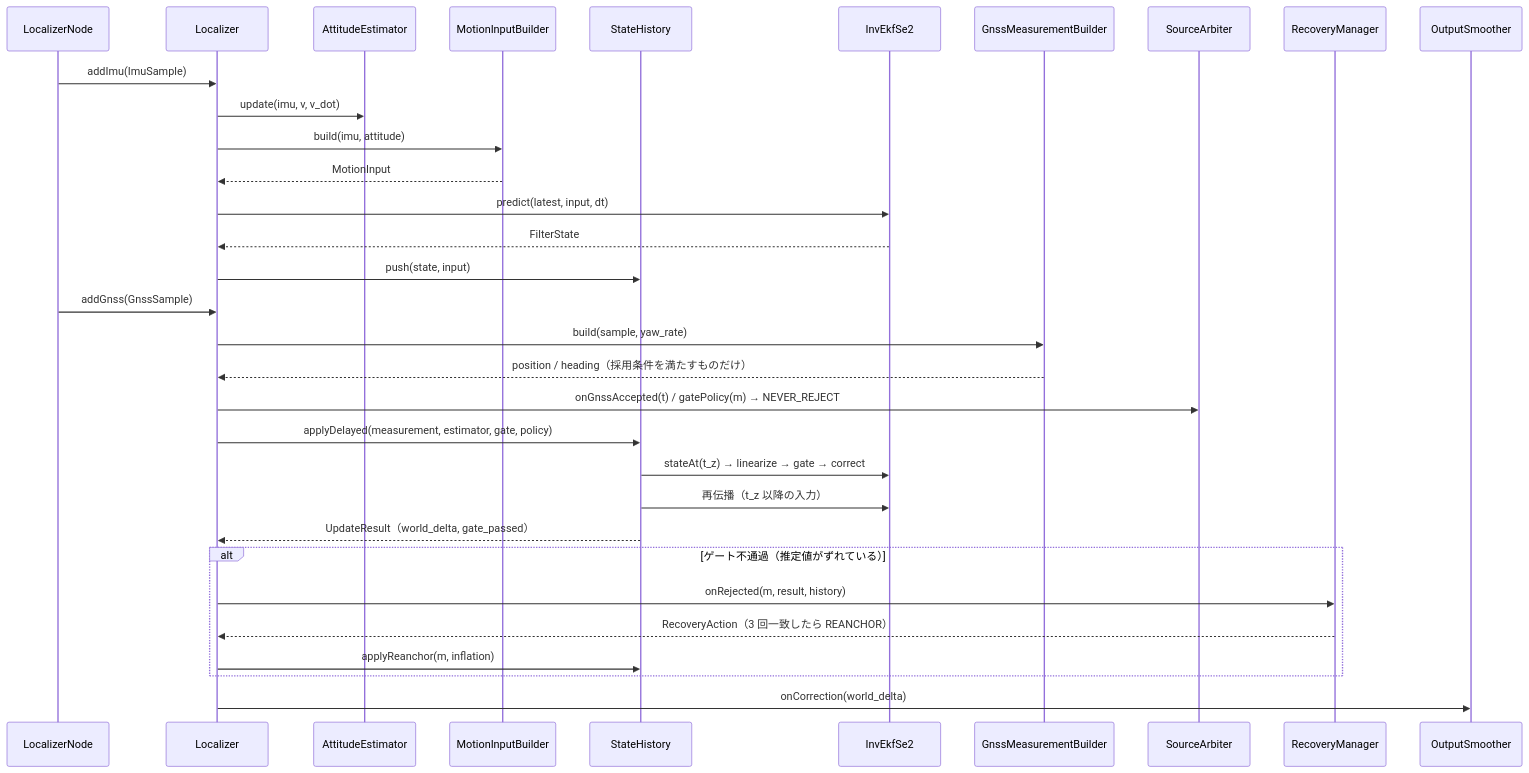
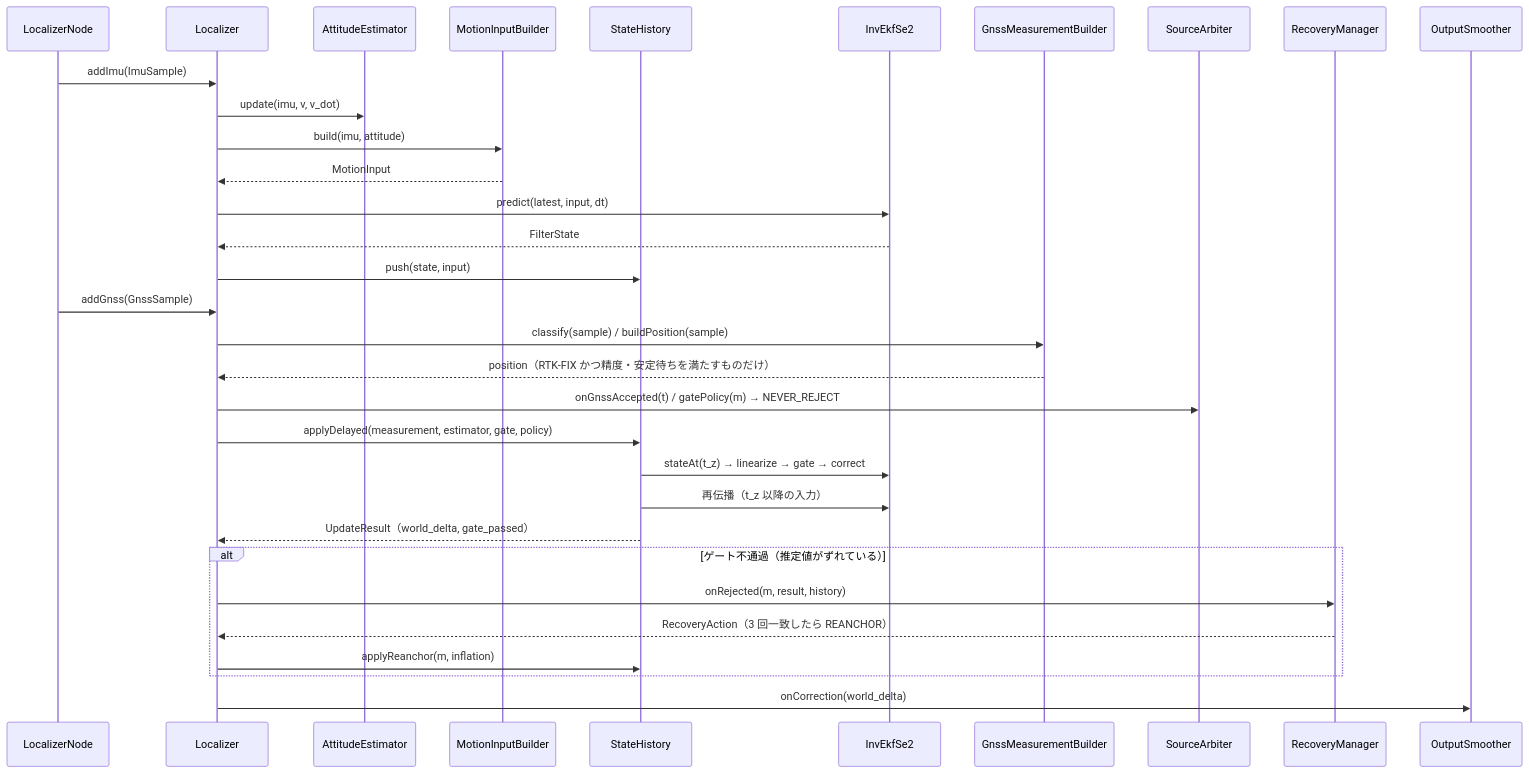
Before and after one commit to mamoru1126/gnss_and_lidar_localization: the tenth of 12 diagrams in docs/architecture.md, drawn with Mermaid. The commit also changed other lines of this file and 1 other file, not shown here.

````diff
--- a/docs/architecture.md
+++ b/docs/architecture.md
@@ -844,36 +851,36 @@
 ```mermaid
 sequenceDiagram
   participant N as LocalizerNode
   participant L as Localizer
   participant A as AttitudeEstimator
   participant M as MotionInputBuilder
   participant H as StateHistory
   participant E as InvEkfSe2
   participant G as GnssMeasurementBuilder
   participant AR as SourceArbiter
   participant RC as RecoveryManager
   participant S as OutputSmoother
 
   N->>L: addImu(ImuSample)
   L->>A: update(imu, v, v_dot)
   L->>M: build(imu, attitude)
   M-->>L: MotionInput
   L->>E: predict(latest, input, dt)
   E-->>L: FilterState
   L->>H: push(state, input)
 
   N->>L: addGnss(GnssSample)
-  L->>G: build(sample, yaw_rate)
-  G-->>L: position / heading（採用条件を満たすものだけ）
+  L->>G: classify(sample) / buildPosition(sample)
+  G-->>L: position（RTK-FIX かつ精度・安定待ちを満たすものだけ）
   L->>AR: onGnssAccepted(t) / gatePolicy(m) → NEVER_REJECT
   L->>H: applyDelayed(measurement, estimator, gate, policy)
   H->>E: stateAt(t_z) → linearize → gate → correct
   H->>E: 再伝播（t_z 以降の入力）
   H-->>L: UpdateResult（world_delta, gate_passed）
   alt ゲート不通過（推定値がずれている）
     L->>RC: onRejected(m, result, history)
     RC-->>L: RecoveryAction（3 回一致したら REANCHOR）
     L->>H: applyReanchor(m, inflation)
   end
   L->>S: onCorrection(world_delta)
 ```
````
